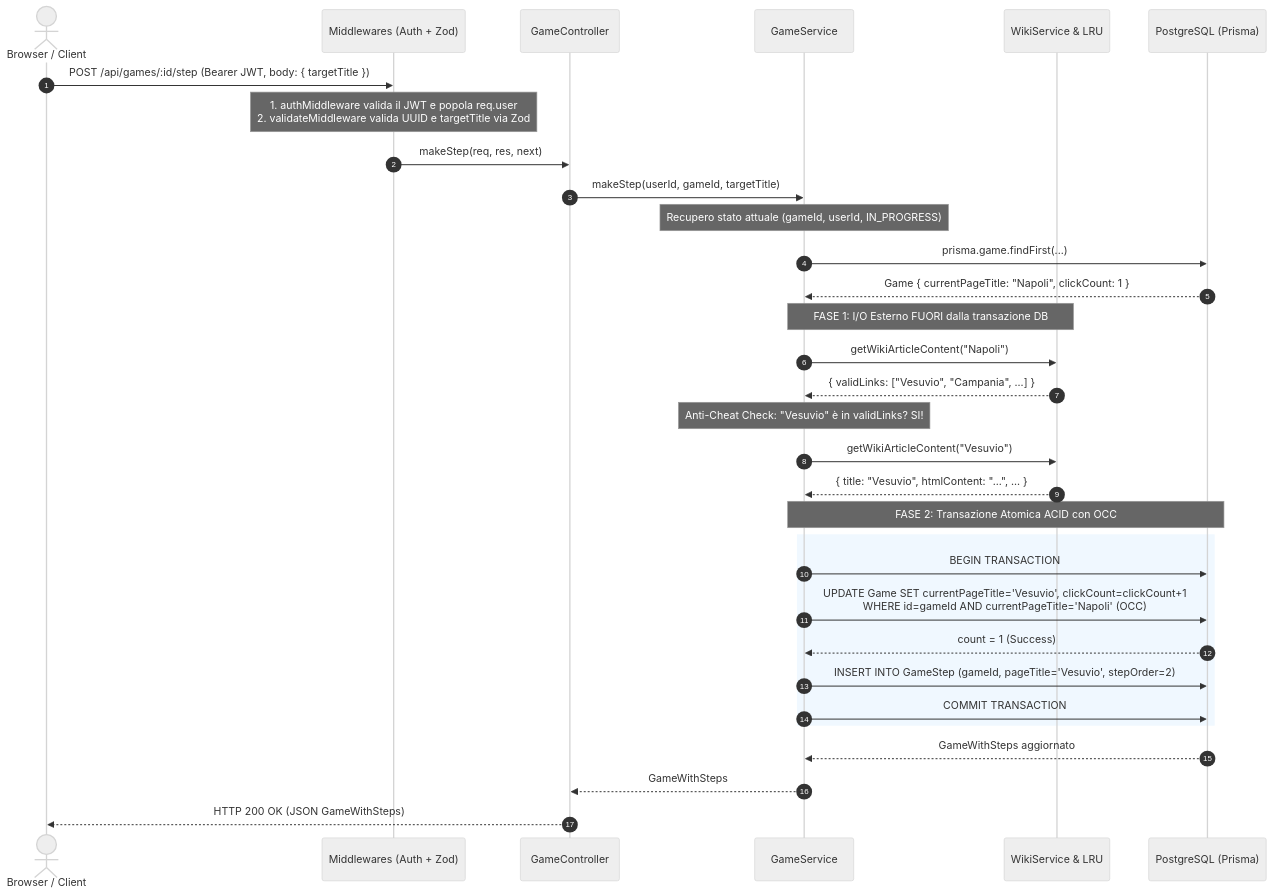
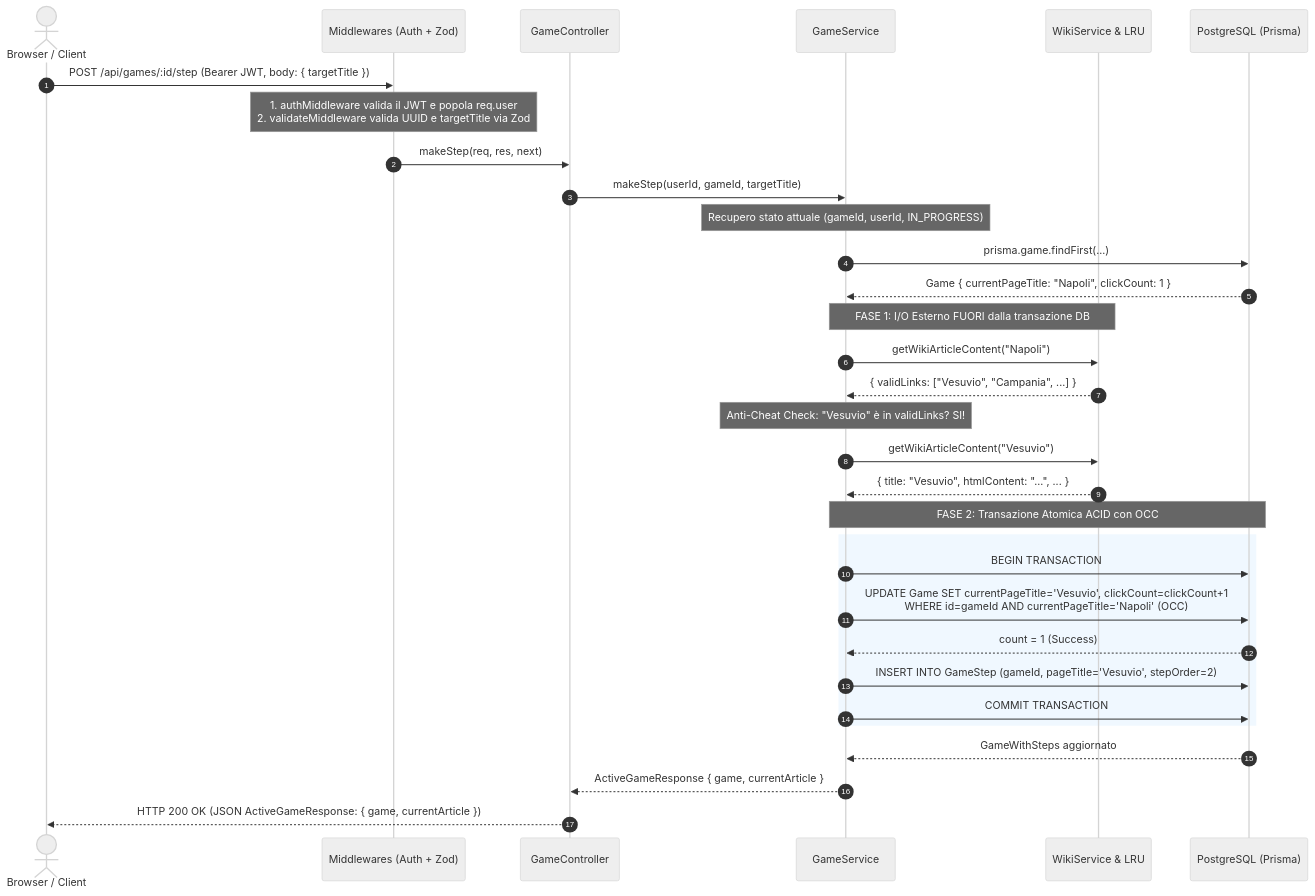
Before and after one commit to LucaBarrella/RoadToUnina: the diagram in backend/CODE_WALKTHROUGH.md, drawn with Mermaid (neutral theme). The commit also changed other lines of this file and 11 other files, not shown here.

Commit message:
feat: update game API responses to include ActiveGameResponse with game state and current article HTML

````diff
--- a/backend/CODE_WALKTHROUGH.md
+++ b/backend/CODE_WALKTHROUGH.md
@@ -58,40 +58,40 @@
 ```mermaid
 sequenceDiagram
     autonumber
     actor Client as Browser / Client
     participant MW as Middlewares (Auth + Zod)
     participant Ctrl as GameController
     participant Svc as GameService
     participant Wiki as WikiService & LRU
     participant DB as PostgreSQL (Prisma)
 
     Client->>MW: POST /api/games/:id/step (Bearer JWT, body: { targetTitle })
     Note over MW: 1. authMiddleware valida il JWT e popola req.user<br/>2. validateMiddleware valida UUID e targetTitle via Zod
     MW->>Ctrl: makeStep(req, res, next)
     Ctrl->>Svc: makeStep(userId, gameId, targetTitle)
     
     Note over Svc: Recupero stato attuale (gameId, userId, IN_PROGRESS)
     Svc->>DB: prisma.game.findFirst(...)
     DB-->>Svc: Game { currentPageTitle: "Napoli", clickCount: 1 }
 
     Note over Svc,Wiki: FASE 1: I/O Esterno FUORI dalla transazione DB
     Svc->>Wiki: getWikiArticleContent("Napoli")
     Wiki-->>Svc: { validLinks: ["Vesuvio", "Campania", ...] }
     
     Note over Svc: Anti-Cheat Check: "Vesuvio" è in validLinks? SI!
     Svc->>Wiki: getWikiArticleContent("Vesuvio")
     Wiki-->>Svc: { title: "Vesuvio", htmlContent: "...", ... }
 
     Note over Svc,DB: FASE 2: Transazione Atomica ACID con OCC
     rect rgb(240, 248, 255)
         Svc->>DB: BEGIN TRANSACTION
         Svc->>DB: UPDATE Game SET currentPageTitle='Vesuvio', clickCount=clickCount+1<br/>WHERE id=gameId AND currentPageTitle='Napoli' (OCC)
         DB-->>Svc: count = 1 (Success)
         Svc->>DB: INSERT INTO GameStep (gameId, pageTitle='Vesuvio', stepOrder=2)
         Svc->>DB: COMMIT TRANSACTION
     end
     
     DB-->>Svc: GameWithSteps aggiornato
-    Svc-->>Ctrl: GameWithSteps
-    Ctrl-->>Client: HTTP 200 OK (JSON GameWithSteps)
+    Svc-->>Ctrl: ActiveGameResponse { game, currentArticle }
+    Ctrl-->>Client: HTTP 200 OK (JSON ActiveGameResponse: { game, currentArticle })
 ```
````
